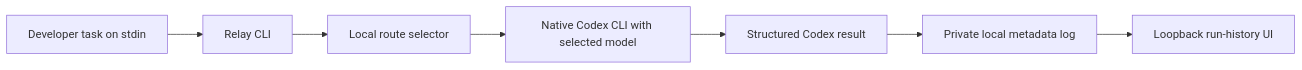
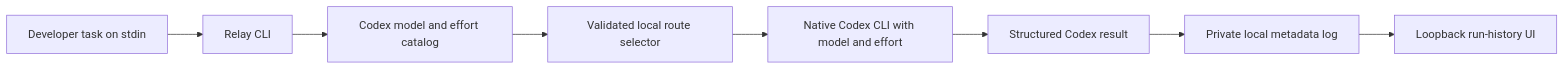
One commit to KennyMx/Relay changed the diagram in README.md. Above: the diagram before and after it, drawn with Mermaid. The commit also changed other lines of this file and 7 other files, not shown here.

Commit message:
Document verified seven-model runs and Codex plugin evidence

````diff
--- a/README.md
+++ b/README.md
@@ -69,9 +93,10 @@
 ```mermaid
 flowchart LR
     U[Developer task on stdin] --> R[Relay CLI]
-    R --> C[Local route selector]
-    C --> X[Native Codex CLI with selected model]
+    R --> M[Codex model and effort catalog]
+    M --> C[Validated local route selector]
+    C --> X[Native Codex CLI with model and effort]
     X --> J[Structured Codex result]
     J --> L[Private local metadata log]
     L --> W[Loopback run-history UI]
 ```
````
